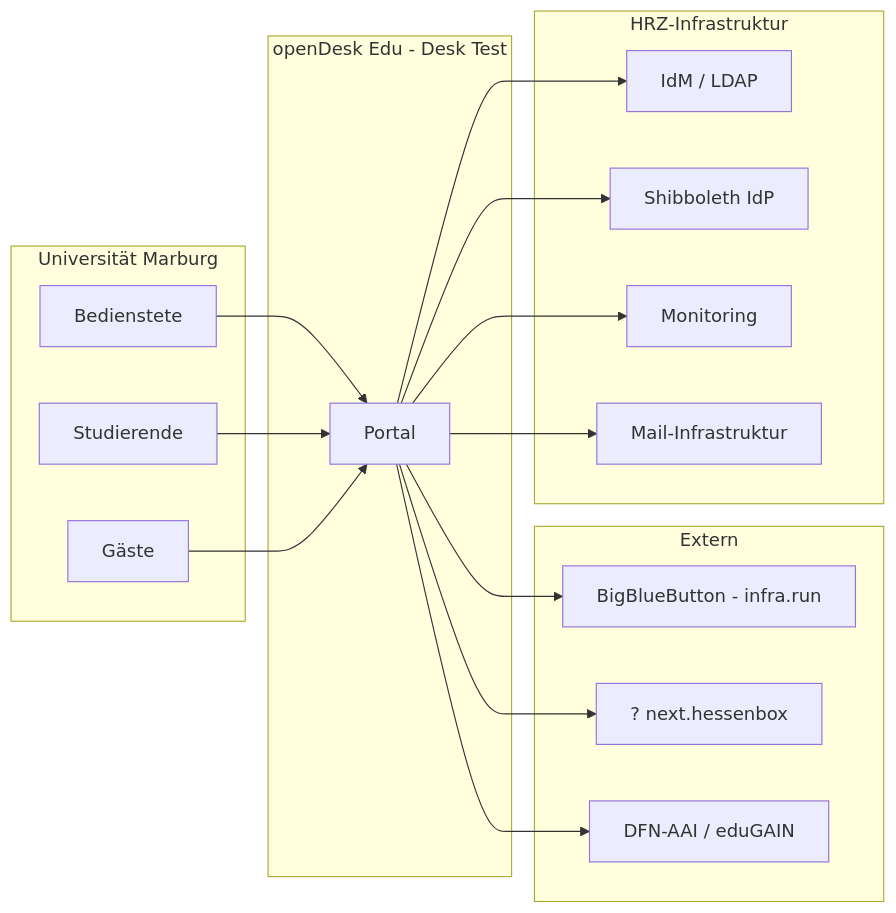
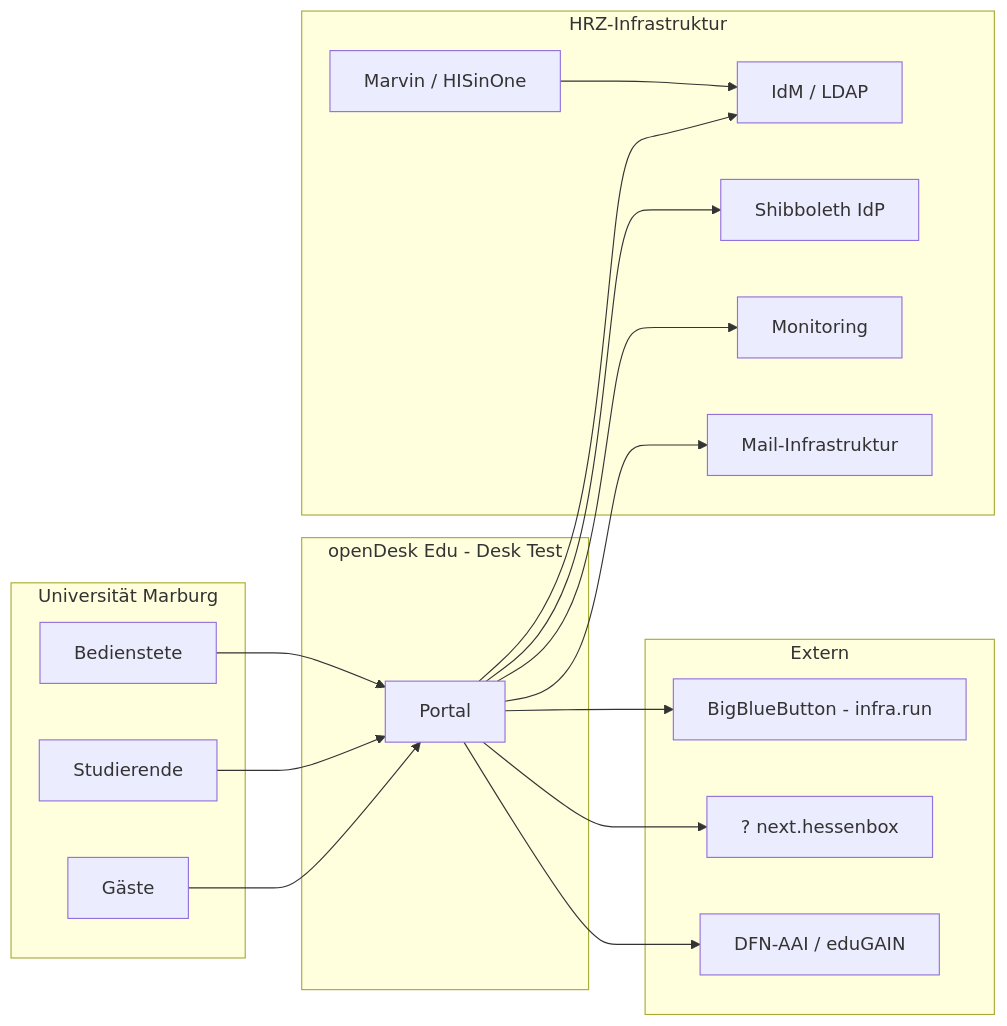
One commit to tobias-weiss-ai-xr/opendesk-edu changed the first of 6 diagrams in docs/arc42.md. Above: the diagram before and after it, drawn with Mermaid. The commit also changed other lines of this file and 6 other files, not shown here.

First line of the commit message:
docs: overhaul HISinOne (Marvin) integration anchoring

````diff
--- a/docs/arc42.md
+++ b/docs/arc42.md
@@ -106,33 +106,35 @@
 ```mermaid
 flowchart LR
     subgraph UMR[Universität Marburg]
         U1[Bedienstete]
         U2[Studierende]
         U3[Gäste]
     end
     subgraph Desk[openDesk Edu - Desk Test]
         P[Portal]
     end
     subgraph Ext[Extern]
         BBB[BigBlueButton - infra.run]
         HB[? next.hessenbox]
         DFN[DFN-AAI / eduGAIN]
     end
     subgraph HRZ[HRZ-Infrastruktur]
+        MARV[Marvin / HISinOne]
         IDM[IdM / LDAP]
         SHIB[Shibboleth IdP]
         MON[Monitoring]
         MAIL[Mail-Infrastruktur]
     end
 
+    MARV --> IDM
     U1 --> P
     U2 --> P
     U3 --> P
     P --> BBB
     P --> HB
     P --> DFN
     P --> IDM
     P --> SHIB
     P --> MON
     P --> MAIL
 ```
````
